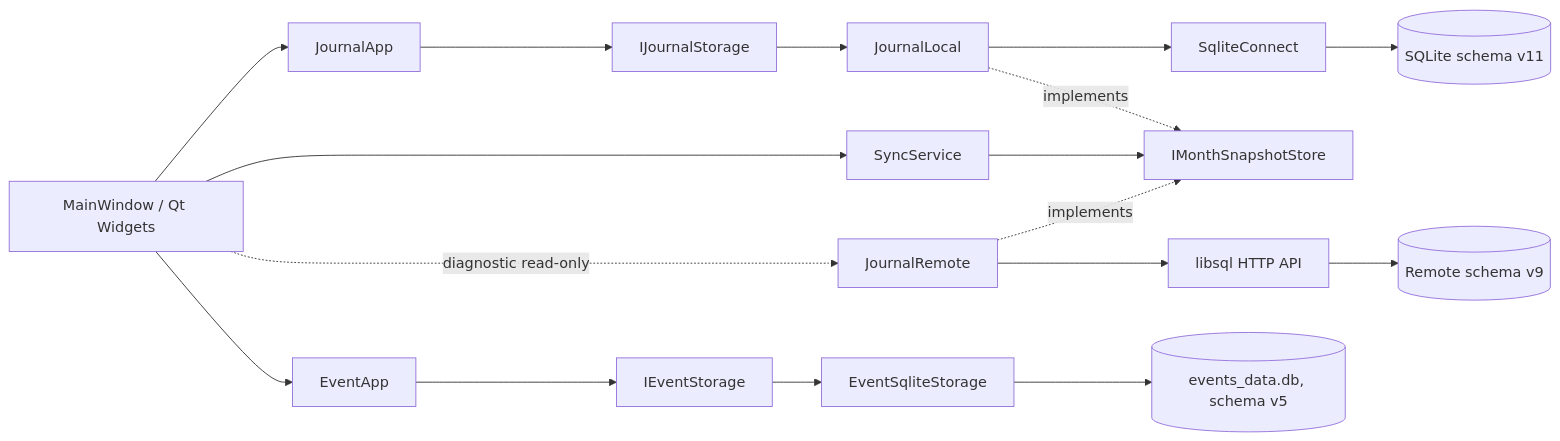
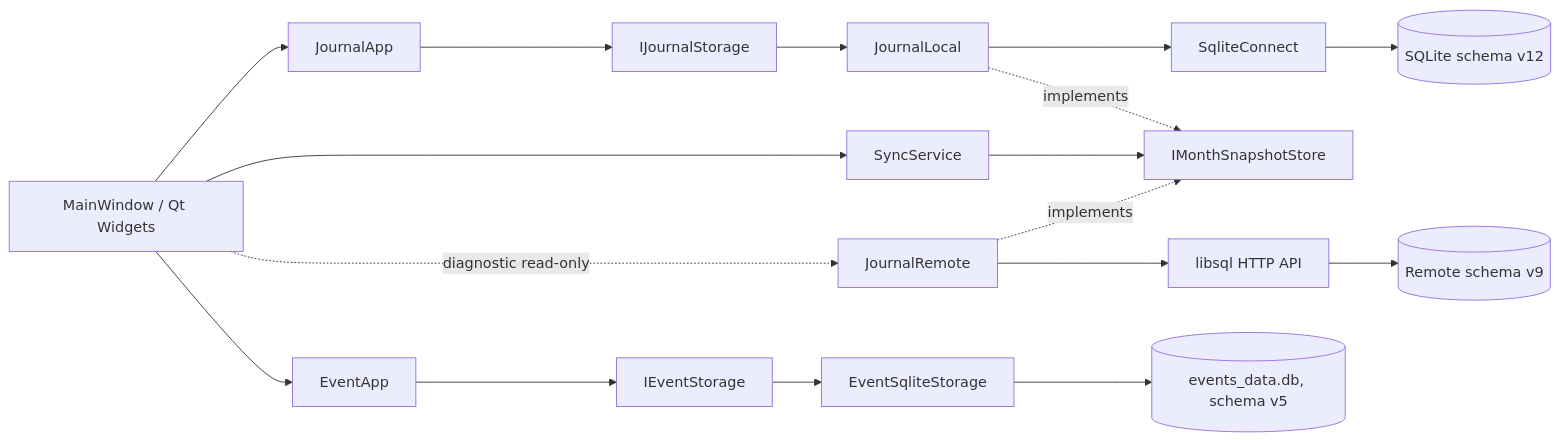
Before and after one commit to Satkhar/journal_app: the diagram in doc/arch.md, drawn with Mermaid. The commit also changed other lines of this file and 16 other files, not shown here.

````diff
--- a/doc/arch.md
+++ b/doc/arch.md
@@ -5,19 +5,19 @@
 ```mermaid
 flowchart LR
   UI[MainWindow / Qt Widgets] --> APP[JournalApp]
   APP --> ST[IJournalStorage]
   ST --> LOCAL[JournalLocal]
   LOCAL --> SQLITE[SqliteConnect]
-  SQLITE --> LDB[(SQLite schema v11)]
+  SQLITE --> LDB[(SQLite schema v12)]
   UI --> SYNC[SyncService]
   SYNC --> SNAP[IMonthSnapshotStore]
   LOCAL -. implements .-> SNAP
   REMOTE[JournalRemote] -. implements .-> SNAP
   REMOTE --> API[libsql HTTP API]
   API --> RDB[(Remote schema v9)]
   UI -. diagnostic read-only .-> REMOTE
   UI --> EAPP[EventApp]
   EAPP --> EST[IEventStorage]
   EST --> ESQL[EventSqliteStorage]
   ESQL --> EDB[(events_data.db, schema v5)]
 ```
````
